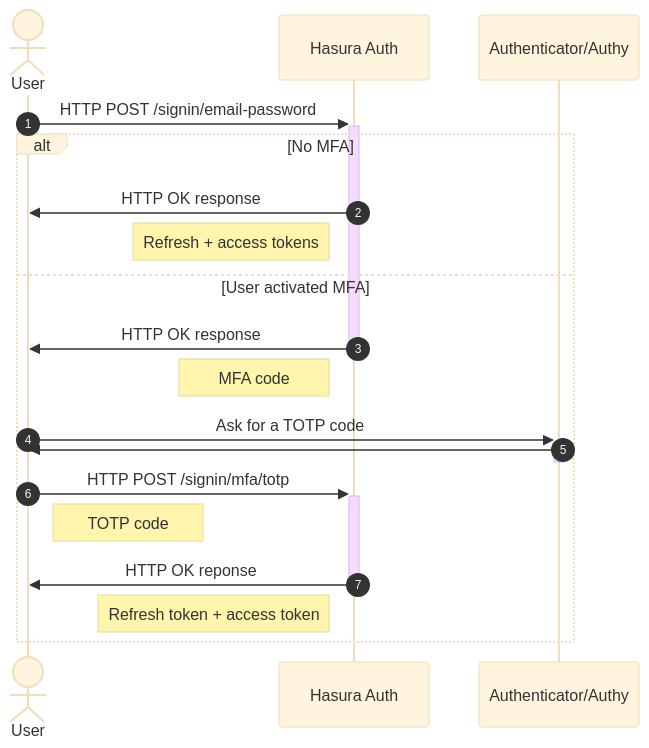
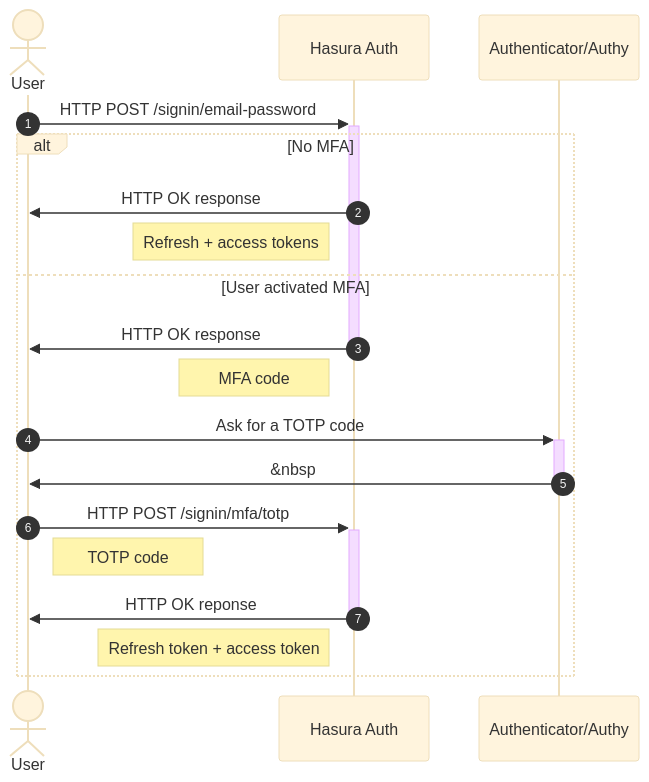
Before and after one commit to nhost/nhost: the second of 3 diagrams in docs/workflows/email-password.md, drawn with Mermaid (base theme). The commit also changed 1 other file, not shown here.

Commit message:
docs: corrections

````diff
--- a/docs/workflows/email-password.md
+++ b/docs/workflows/email-password.md
@@ -38,21 +38,21 @@
 ```mermaid
 sequenceDiagram
 	autonumber
 	actor U as User
 	participant A as Hasura Auth
 	participant G as Authenticator/Authy
 	U->>+A: HTTP POST /signin/email-password
 	alt No MFA
 		A->>U: HTTP OK response
 		Note left of A: Refresh + access tokens
 	else User activated MFA
 		A->>-U: HTTP OK response
 		Note left of A: MFA code
 		U->>+G: Ask for a TOTP code
-		G->>-U:
+		G->>-U: &nbsp;
 		U->>+A: HTTP POST /signin/mfa/totp
 		Note right of U: TOTP code
 		A->>-U: HTTP OK reponse
 		Note left of A: Refresh token + access token
 	end
 ```
````
